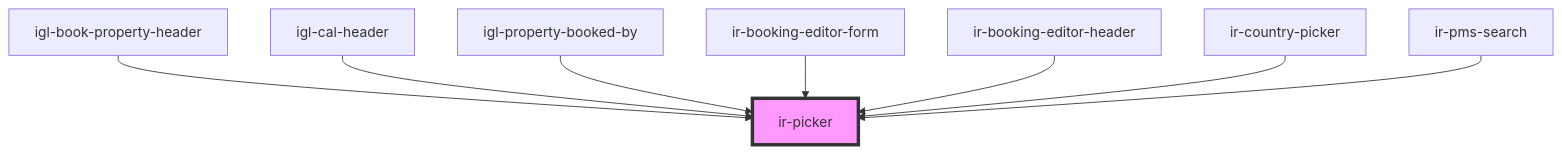
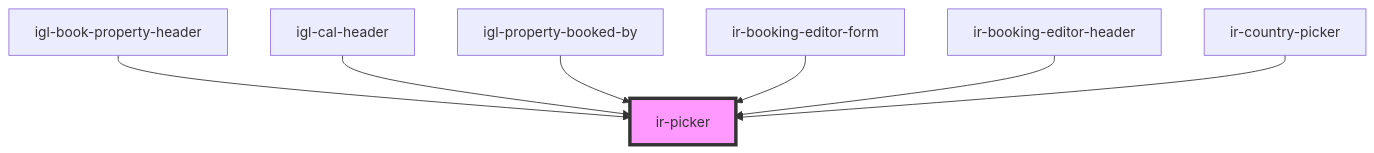
Before and after one commit to RonyRizk/ir-webcmp: the diagram in src/components/ui/ir-picker/readme.md, drawn with Mermaid. The commit also changed other lines of this file and 57 other files, not shown here.

````diff
--- a/src/components/ui/ir-picker/readme.md
+++ b/src/components/ui/ir-picker/readme.md
@@ -91,11 +90,10 @@
 ```mermaid
 graph TD;
   igl-book-property-header --> ir-picker
   igl-cal-header --> ir-picker
   igl-property-booked-by --> ir-picker
   ir-booking-editor-form --> ir-picker
   ir-booking-editor-header --> ir-picker
   ir-country-picker --> ir-picker
-  ir-pms-search --> ir-picker
   style ir-picker fill:#f9f,stroke:#333,stroke-width:4px
 ```
````
